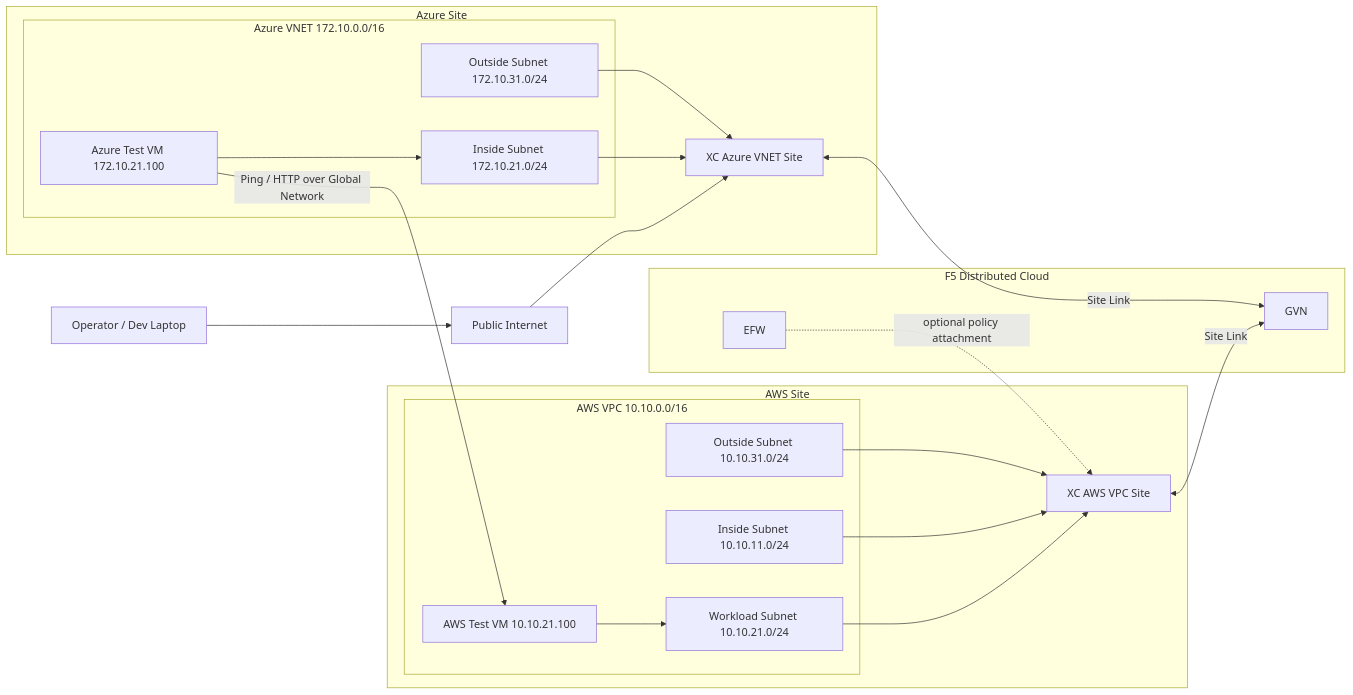
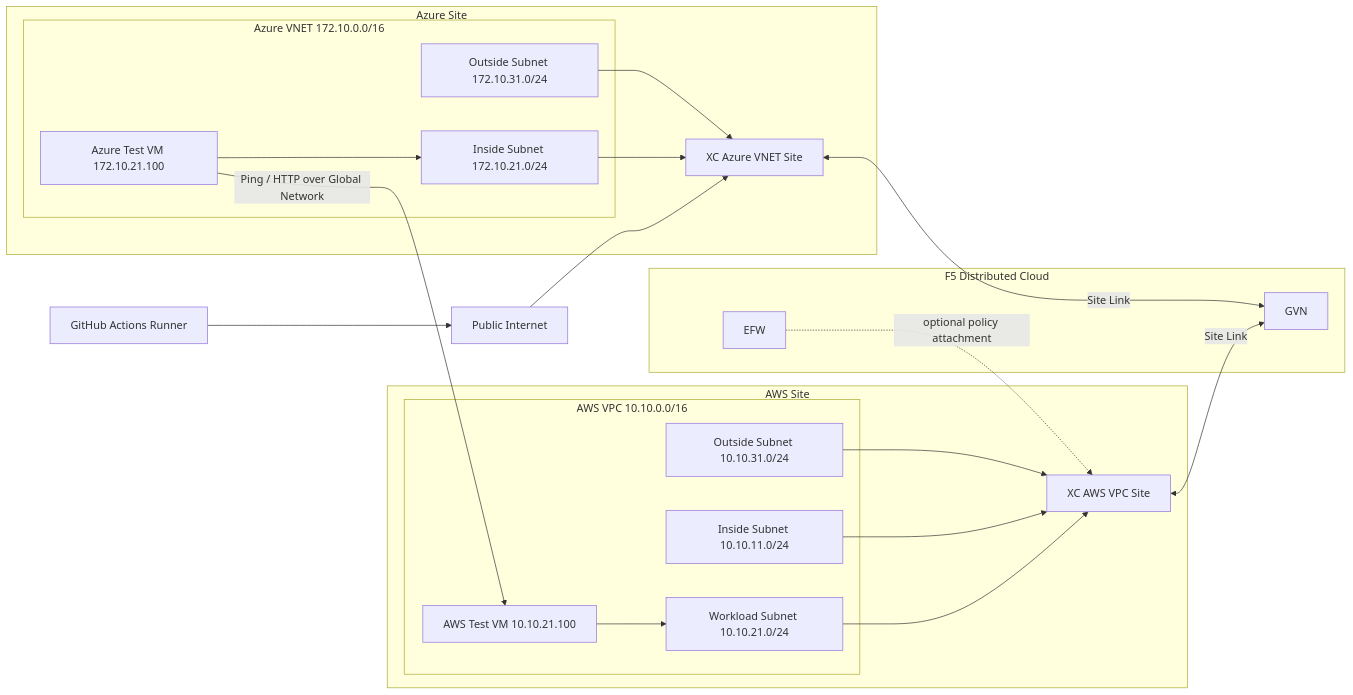
Before and after one commit to ocpdata/f5-xc-terraform-examples: the diagram in readme/README-teachable-01-mcn-networkconnect-apply.md, drawn with Mermaid. The commit also changed other lines of this file, not shown here.

````diff
--- a/readme/README-teachable-01-mcn-networkconnect-apply.md
+++ b/readme/README-teachable-01-mcn-networkconnect-apply.md
@@ -95,43 +95,43 @@
 ```mermaid
 flowchart LR
-    OP[Operator / Dev Laptop]
+  RUNNER[GitHub Actions Runner]
     NET[Public Internet]
 
     subgraph AZURE_SITE[Azure Site]
       subgraph AZ_VNET[Azure VNET 172.10.0.0/16]
         AZ_OUT[Outside Subnet 172.10.31.0/24]
         AZ_IN[Inside Subnet 172.10.21.0/24]
         AZ_VM[Azure Test VM 172.10.21.100]
       end
       AZ_CE[XC Azure VNET Site]
       AZ_OUT --> AZ_CE
       AZ_IN --> AZ_CE
       AZ_VM --> AZ_IN
     end
 
     subgraph AWS_SITE[AWS Site]
       subgraph AWS_VPC[AWS VPC 10.10.0.0/16]
         AWS_OUT[Outside Subnet 10.10.31.0/24]
         AWS_IN[Inside Subnet 10.10.11.0/24]
         AWS_WL[Workload Subnet 10.10.21.0/24]
         AWS_VM[AWS Test VM 10.10.21.100]
       end
       AWS_CE[XC AWS VPC Site]
       AWS_OUT --> AWS_CE
       AWS_IN --> AWS_CE
       AWS_WL --> AWS_CE
       AWS_VM --> AWS_WL
     end
 
     subgraph XC_CORE[F5 Distributed Cloud]
       GVN
       EFW
     end
 
-    OP --> NET --> AZ_CE
+    RUNNER --> NET --> AZ_CE
     AZ_CE <-->|Site Link| GVN
     AWS_CE <-->|Site Link| GVN
 
     AZ_VM -->|Ping / HTTP over Global Network| AWS_VM
     EFW -.optional policy attachment.-> AWS_CE
 ```
````
